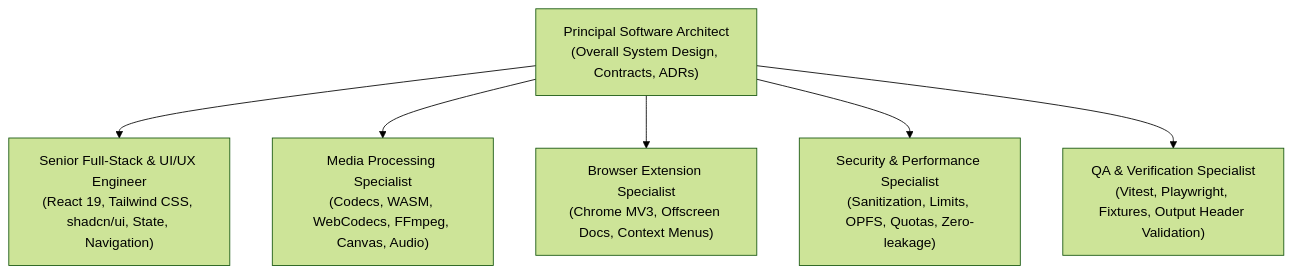
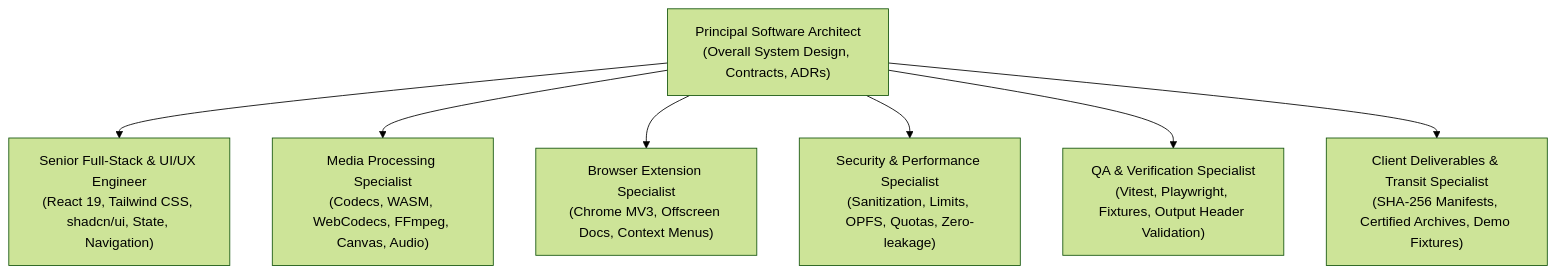
Before and after one commit to manitejagaddam/MediaForger: the diagram in agents.md, drawn with Mermaid (forest theme). The commit also changed other lines of this file and 17 other files, not shown here.

Commit message:
feat: add client transit delivery engine, demo fixtures, logs.md, and updated agent registry

````diff
--- a/agents.md
+++ b/agents.md
@@ -9,15 +9,17 @@
 ```mermaid
 graph TD
     ARCH["Principal Software Architect\n(Overall System Design, Contracts, ADRs)"]
     FULLSTACK["Senior Full-Stack & UI/UX Engineer\n(React 19, Tailwind CSS, shadcn/ui, State, Navigation)"]
     MEDIA["Media Processing Specialist\n(Codecs, WASM, WebCodecs, FFmpeg, Canvas, Audio)"]
     EXT["Browser Extension Specialist\n(Chrome MV3, Offscreen Docs, Context Menus)"]
     SEC_PERF["Security & Performance Specialist\n(Sanitization, Limits, OPFS, Quotas, Zero-leakage)"]
     QA["QA & Verification Specialist\n(Vitest, Playwright, Fixtures, Output Header Validation)"]
+    DELIVERY["Client Deliverables & Transit Specialist\n(SHA-256 Manifests, Certified Archives, Demo Fixtures)"]
 
     ARCH --> FULLSTACK
     ARCH --> MEDIA
     ARCH --> EXT
     ARCH --> SEC_PERF
     ARCH --> QA
+    ARCH --> DELIVERY
 ```
````
